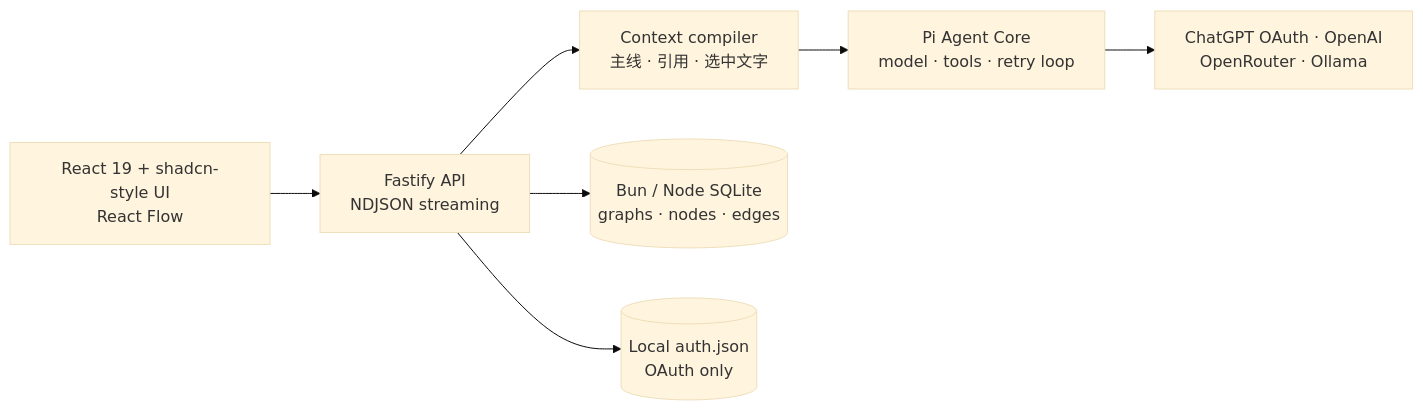
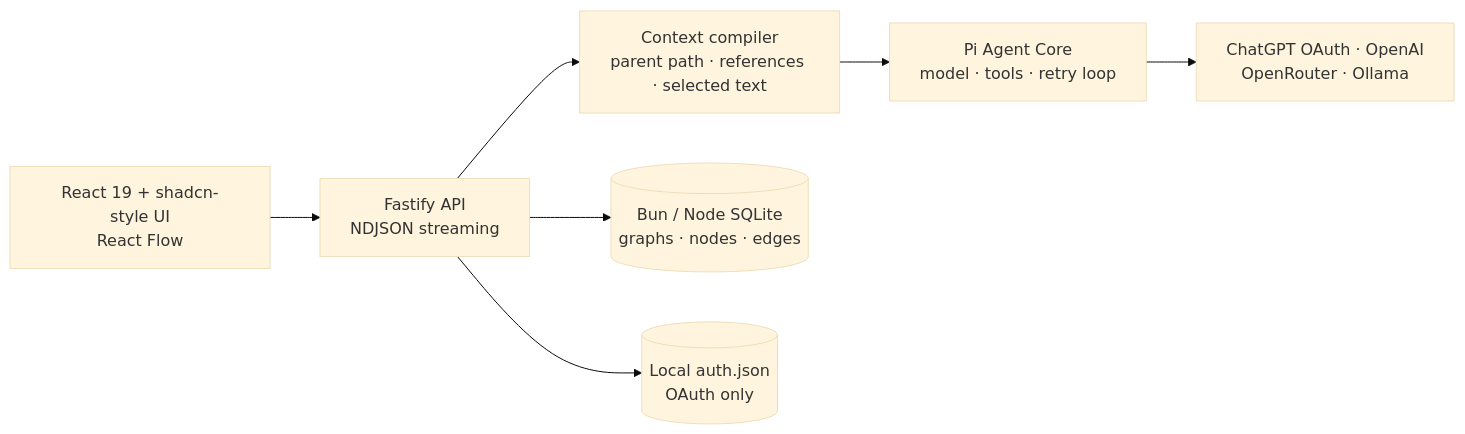
Before and after one commit to everettjf/graphchat: the diagram in README.md, drawn with Mermaid (base theme). The commit also changed other lines of this file and 5 other files, not shown here.

````diff
--- a/README.md
+++ b/README.md
@@ -118,9 +120,9 @@
 ```mermaid
 flowchart LR
     UI["React 19 + shadcn-style UI<br/>React Flow"] --> API["Fastify API<br/>NDJSON streaming"]
-    API --> CTX["Context compiler<br/>主线 · 引用 · 选中文字"]
+    API --> CTX["Context compiler<br/>parent path · references · selected text"]
     CTX --> AGENT["Pi Agent Core<br/>model · tools · retry loop"]
     AGENT --> MODELS["ChatGPT OAuth · OpenAI<br/>OpenRouter · Ollama"]
     API --> DB[("Bun / Node SQLite<br/>graphs · nodes · edges")]
     API --> AUTH[("Local auth.json<br/>OAuth only")]
 ```
````
